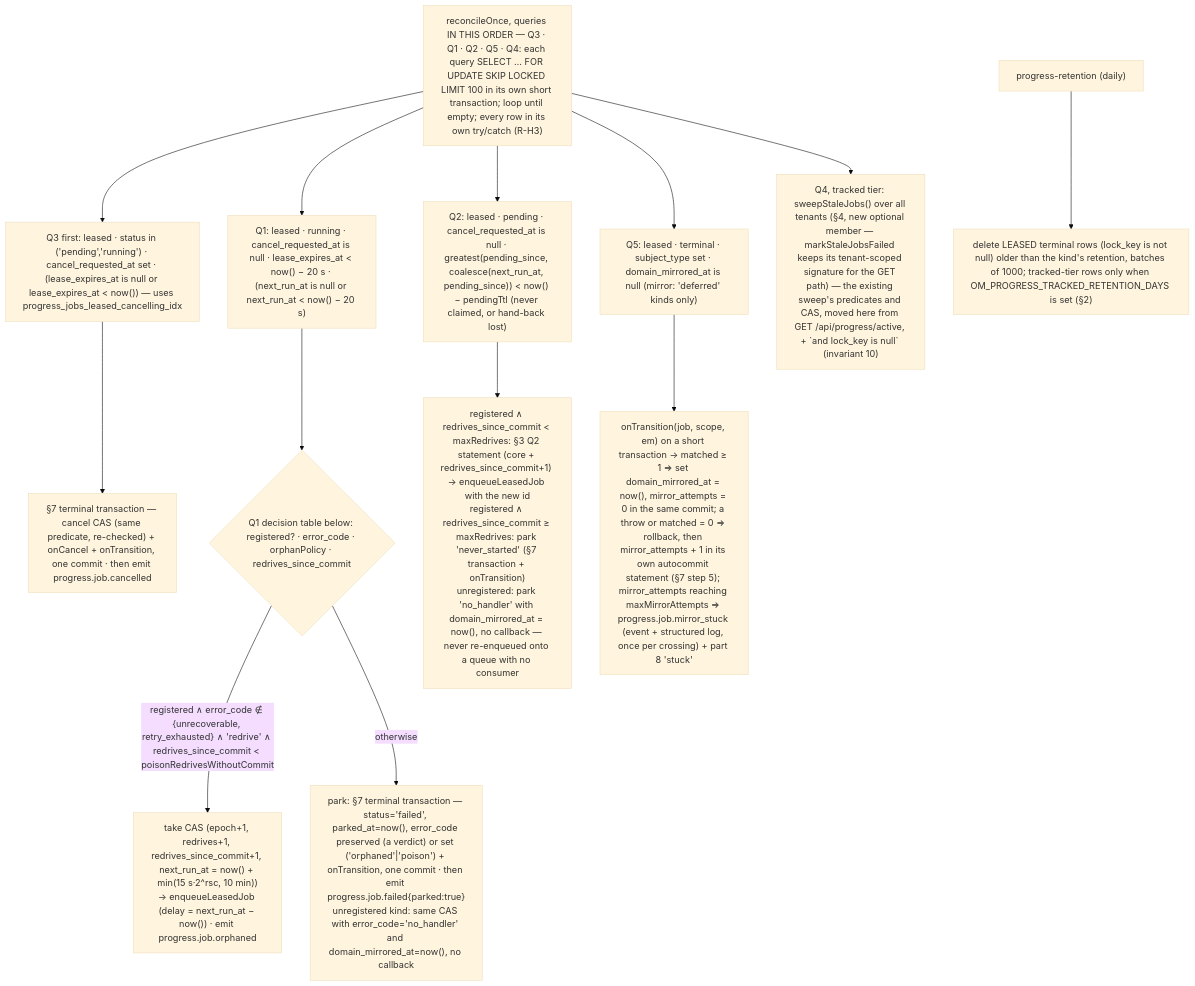
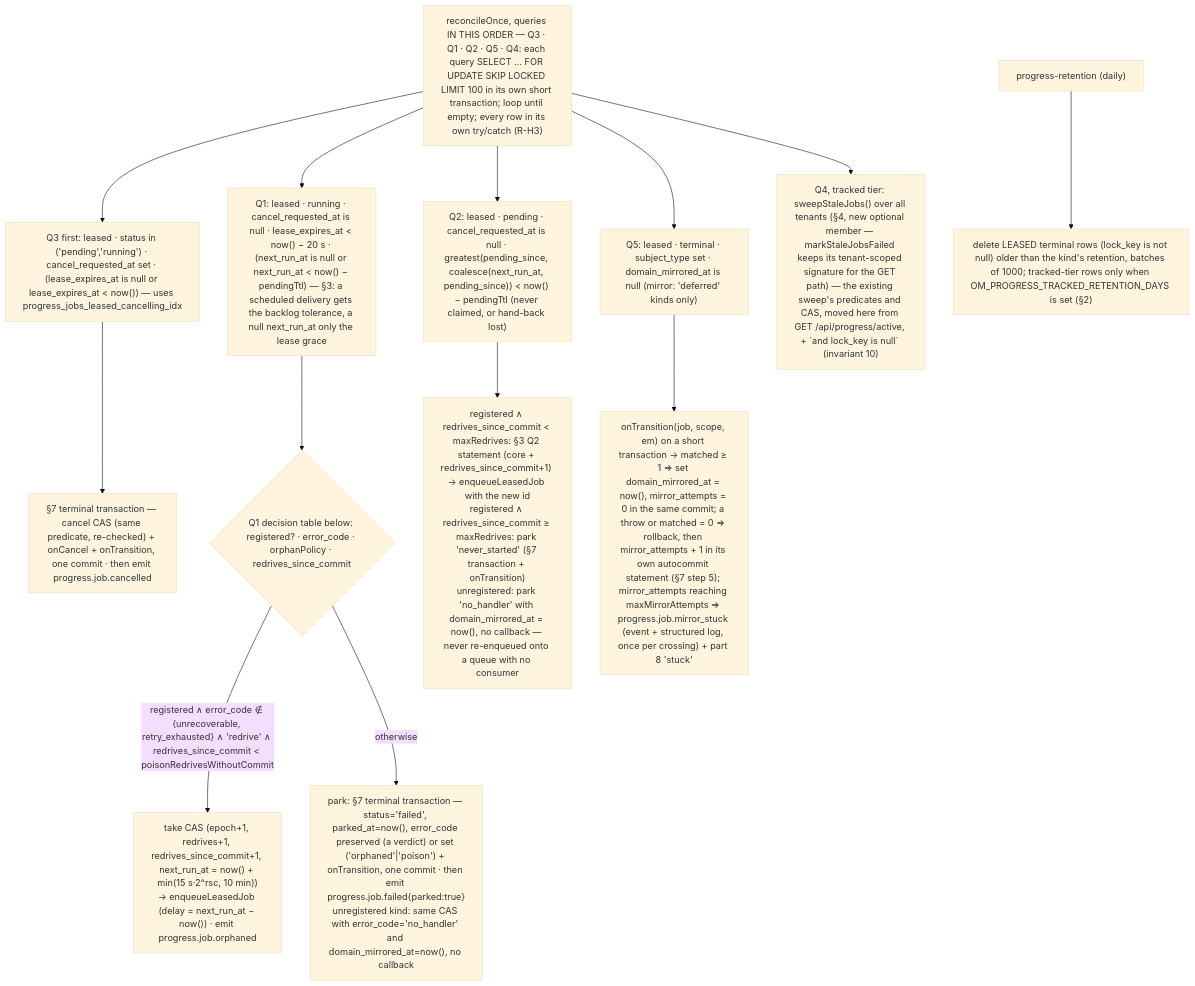
The diagram in .ai/specs/2026-08-21-background-work-06-leased-jobs-in-progress.md (open-mercato/open-mercato), drawn with Mermaid (base theme) before and after one commit. The commit also changed other lines of this file and 4 other files, not shown here.

Commit message:
docs(specs): round 4 — releaseLease on rollback paths, throw-vs-null terminal outcomes, backlog-aware Q1, defined after-commit hooks, WorkerMeta.repeatable, delay-based failSlice, leased started/updated events, data_sync em/batchSize/cancellable homes

````diff
--- a/.ai/specs/2026-08-21-background-work-06-leased-jobs-in-progress.md
+++ b/.ai/specs/2026-08-21-background-work-06-leased-jobs-in-progress.md
@@ -318,16 +369,16 @@
 ```mermaid
 flowchart TB
   T["reconcileOnce, queries IN THIS ORDER — Q3 · Q1 · Q2 · Q5 · Q4: each query SELECT … FOR UPDATE SKIP LOCKED LIMIT 100 in its own short transaction; loop until empty; every row in its own try/catch (R-H3)"]
   T --> Q3["Q3 first: leased · status in ('pending','running') · cancel_requested_at set · (lease_expires_at is null or lease_expires_at < now()) — uses progress_jobs_leased_cancelling_idx"]
   Q3 --> C["§7 terminal transaction — cancel CAS (same predicate, re-checked) + onCancel + onTransition, one commit · then emit progress.job.cancelled"]
-  T --> Q1["Q1: leased · running · cancel_requested_at is null · lease_expires_at < now() − 20 s · (next_run_at is null or next_run_at < now() − 20 s)"]
+  T --> Q1["Q1: leased · running · cancel_requested_at is null · lease_expires_at < now() − 20 s · (next_run_at is null or next_run_at < now() − pendingTtl) — §3: a scheduled delivery gets the backlog tolerance, a null next_run_at only the lease grace"]
   Q1 --> POL{"Q1 decision table below: registered? · error_code · orphanPolicy · redrives_since_commit"}
   POL -->|"registered ∧ error_code ∉ {unrecoverable, retry_exhausted} ∧ 'redrive' ∧ redrives_since_commit < poisonRedrivesWithoutCommit"| RE["take CAS (epoch+1, redrives+1, redrives_since_commit+1, next_run_at = now() + min(15 s·2^rsc, 10 min))<br/>→ enqueueLeasedJob (delay = next_run_at − now()) · emit progress.job.orphaned"]
   POL -->|otherwise| PK["park: §7 terminal transaction — status='failed', parked_at=now(), error_code preserved (a verdict) or set ('orphaned'|'poison') + onTransition, one commit · then emit progress.job.failed{parked:true}<br/>unregistered kind: same CAS with error_code='no_handler' and domain_mirrored_at=now(), no callback"]
   T --> Q2["Q2: leased · pending · cancel_requested_at is null · greatest(pending_since, coalesce(next_run_at, pending_since)) < now() − pendingTtl (never claimed, or hand-back lost)"]
   Q2 --> RE2["registered ∧ redrives_since_commit < maxRedrives: §3 Q2 statement (core + redrives_since_commit+1) → enqueueLeasedJob with the new id<br/>registered ∧ redrives_since_commit ≥ maxRedrives: park 'never_started' (§7 transaction + onTransition)<br/>unregistered: park 'no_handler' with domain_mirrored_at = now(), no callback — never re-enqueued onto a queue with no consumer"]
   T --> Q5["Q5: leased · terminal · subject_type set · domain_mirrored_at is null (mirror: 'deferred' kinds only)"]
   Q5 --> M["onTransition(job, scope, em) on a short transaction → matched ≥ 1 ⇒ set domain_mirrored_at = now(), mirror_attempts = 0 in the same commit; a throw or matched = 0 ⇒ rollback, then mirror_attempts + 1 in its own autocommit statement (§7 step 5); mirror_attempts reaching maxMirrorAttempts ⇒ progress.job.mirror_stuck (event + structured log, once per crossing) + part 8 'stuck'"]
   T --> Q4["Q4, tracked tier: sweepStaleJobs() over all tenants (§4, new optional member — markStaleJobsFailed keeps its tenant-scoped signature for the GET path) — the existing sweep's predicates and CAS, moved here from GET /api/progress/active, + `and lock_key is null` (invariant 10)"]
   D["progress-retention (daily)"] --> R["delete LEASED terminal rows (lock_key is not null) older than the kind's retention, batches of 1000; tracked-tier rows only when OM_PROGRESS_TRACKED_RETENTION_DAYS is set (§2)"]
 ```
````
